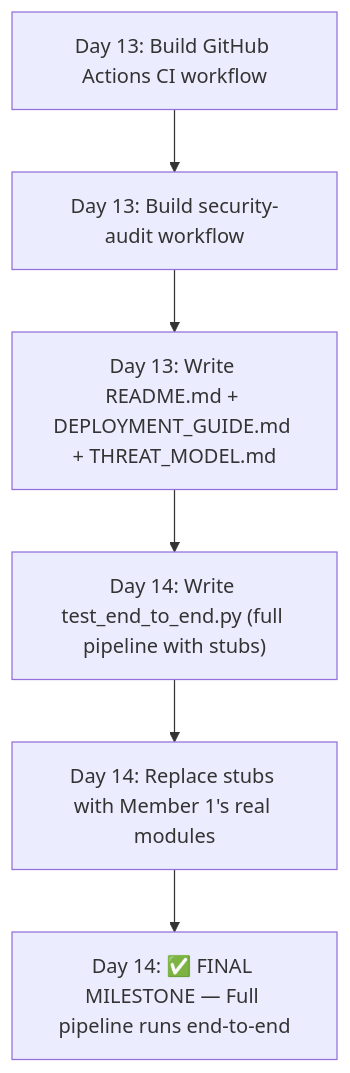
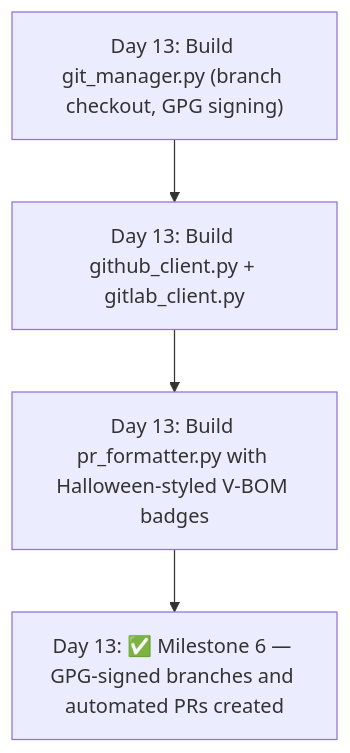
One commit to abhisheksharma56692-stack/PatchForge-AI changed the sixth of 7 diagrams in MEMBER_2_TASKS.md. Above: the diagram before and after it, drawn with Mermaid. The commit also changed other lines of this file and 4 other files, not shown here.

````diff
--- a/MEMBER_2_TASKS.md
+++ b/MEMBER_2_TASKS.md
@@ -667,8 +347,6 @@
 ```mermaid
 flowchart TD
-    A["Day 13: Build GitHub Actions CI workflow"] --> B["Day 13: Build security-audit workflow"]
-    B --> C["Day 13: Write README.md + DEPLOYMENT_GUIDE.md + THREAT_MODEL.md"]
-    C --> D["Day 14: Write test_end_to_end.py (full pipeline with stubs)"]
-    D --> E["Day 14: Replace stubs with Member 1's real modules"]
-    E --> F["Day 14: ✅ FINAL MILESTONE — Full pipeline runs end-to-end"]
+    A["Day 13: Build git_manager.py (branch checkout, GPG signing)"] --> B["Day 13: Build github_client.py + gitlab_client.py"]
+    B --> C["Day 13: Build pr_formatter.py with Halloween-styled V-BOM badges"]
+    C --> D["Day 13: ✅ Milestone 6 — GPG-signed branches and automated PRs created"]
 ```
````
